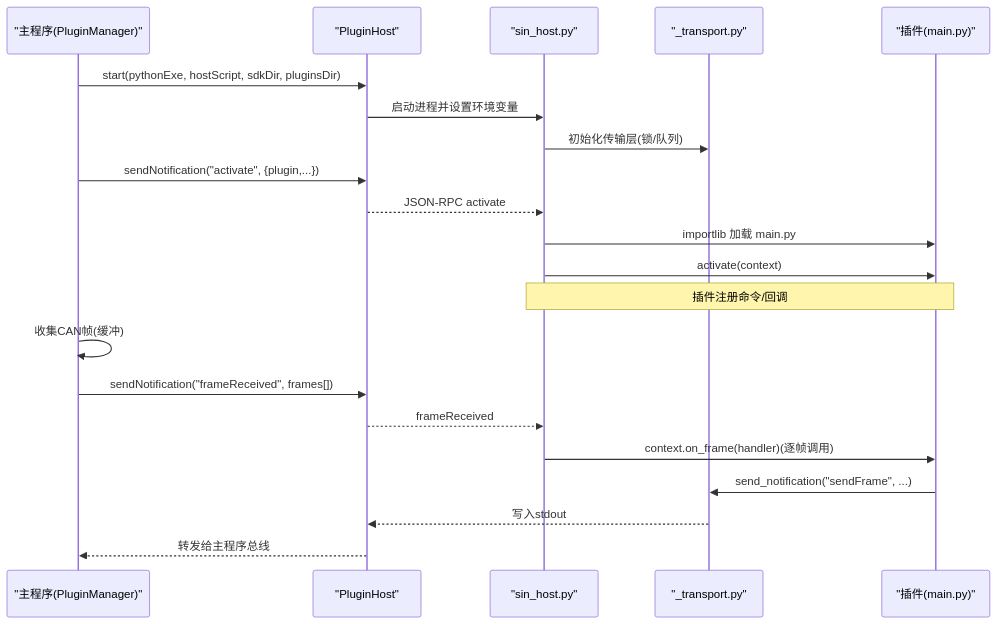
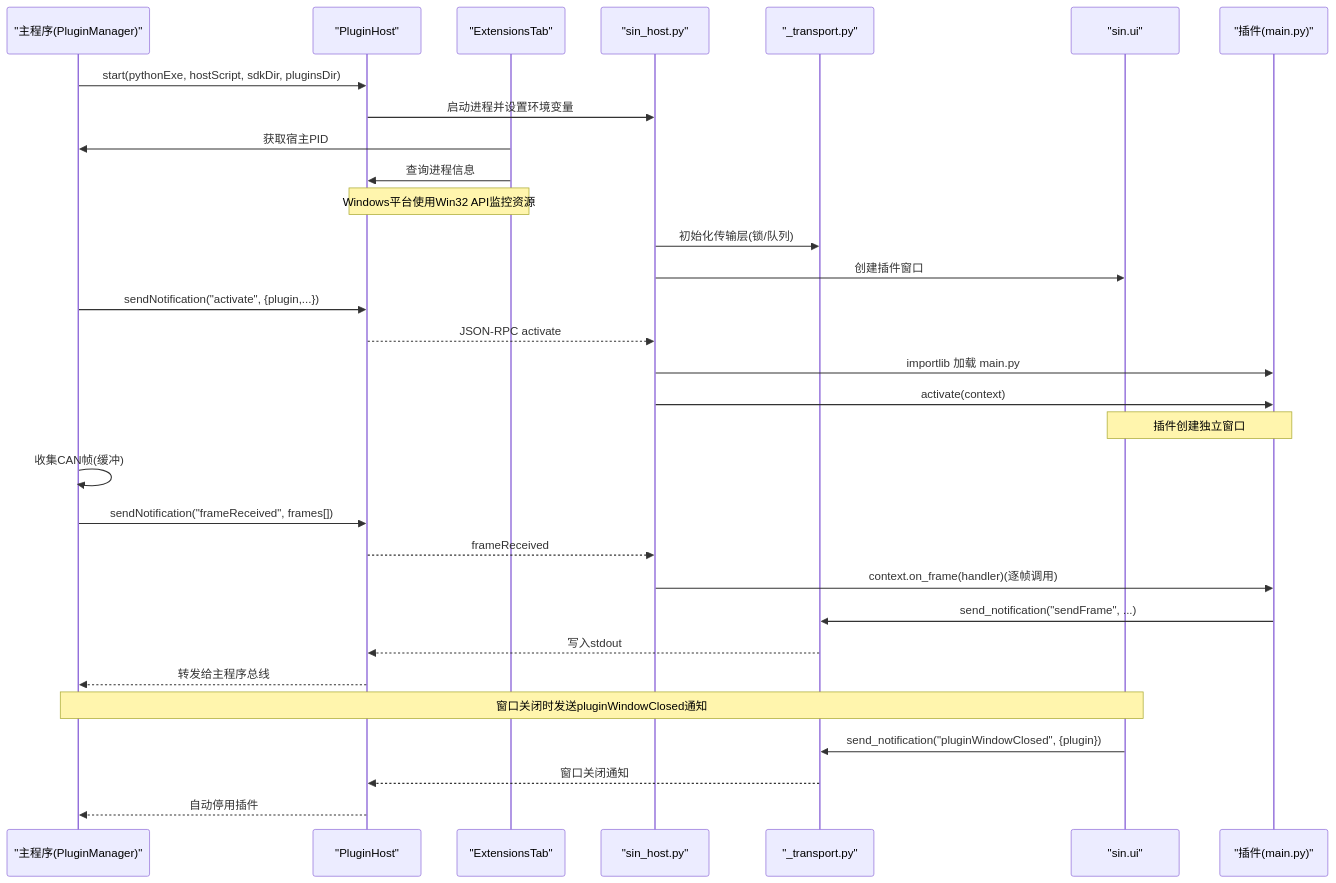
Before and after one commit to jakecai1225-design/OpenBus: the second of 8 diagrams in .qoder/repowiki/zh/content/架构设计/插件系统架构/插件系统架构.md, drawn with Mermaid. The commit also changed other lines of this file and 5 other files, not shown here.

````diff
--- a/.qoder/repowiki/zh/content/架构设计/插件系统架构/插件系统架构.md
+++ b/.qoder/repowiki/zh/content/架构设计/插件系统架构/插件系统架构.md
@@ -95,23 +124,33 @@
 ```mermaid
 sequenceDiagram
 participant App as "主程序(PluginManager)"
 participant Host as "PluginHost"
+participant ET as "ExtensionsTab"
 participant Py as "sin_host.py"
 participant Tr as "_transport.py"
+participant UI as "sin.ui"
 participant Plg as "插件(main.py)"
 App->>Host : start(pythonExe, hostScript, sdkDir, pluginsDir)
 Host->>Py : 启动进程并设置环境变量
+ET->>App : 获取宿主PID
+ET->>Host : 查询进程信息
+Note over ET,Host : Windows平台使用Win32 API监控资源
 Py->>Tr : 初始化传输层(锁/队列)
+Py->>UI : 创建插件窗口
 App->>Host : sendNotification("activate", {plugin,...})
 Host-->>Py : JSON-RPC activate
 Py->>Plg : importlib 加载 main.py
 Py->>Plg : activate(context)
-Note over Py,Plg : 插件注册命令/回调
+Note over Plg,UI : 插件创建独立窗口
 App->>App : 收集CAN帧(缓冲)
 App->>Host : sendNotification("frameReceived", frames[])
 Host-->>Py : frameReceived
 Py->>Plg : context.on_frame(handler)(逐帧调用)
 Plg->>Tr : send_notification("sendFrame", ...)
 Tr-->>Host : 写入stdout
 Host-->>App : 转发给主程序总线
+Note over UI,App : 窗口关闭时发送pluginWindowClosed通知
+UI->>Tr : send_notification("pluginWindowClosed", {plugin})
+Tr-->>Host : 窗口关闭通知
+Host-->>App : 自动停用插件
 ```
````
